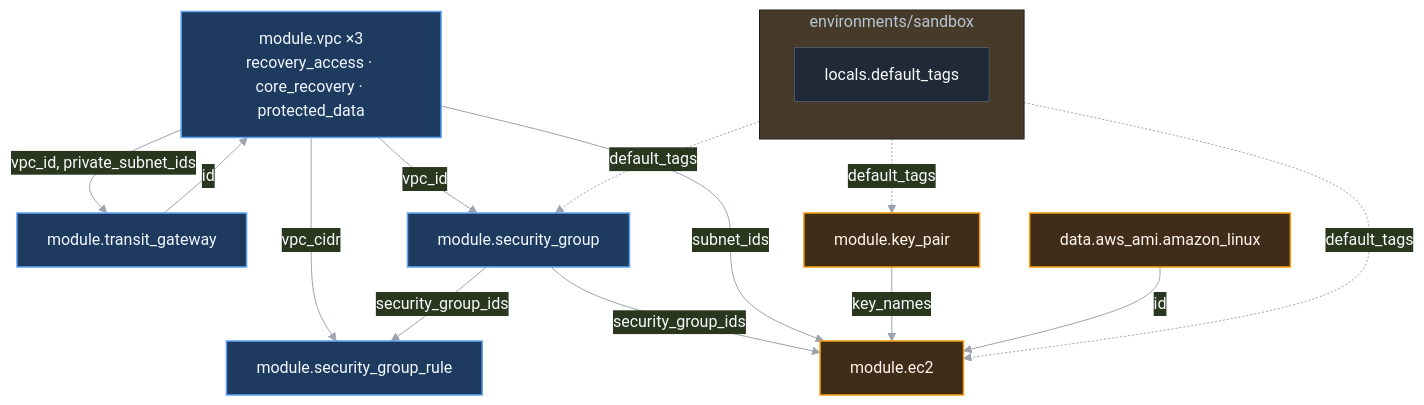
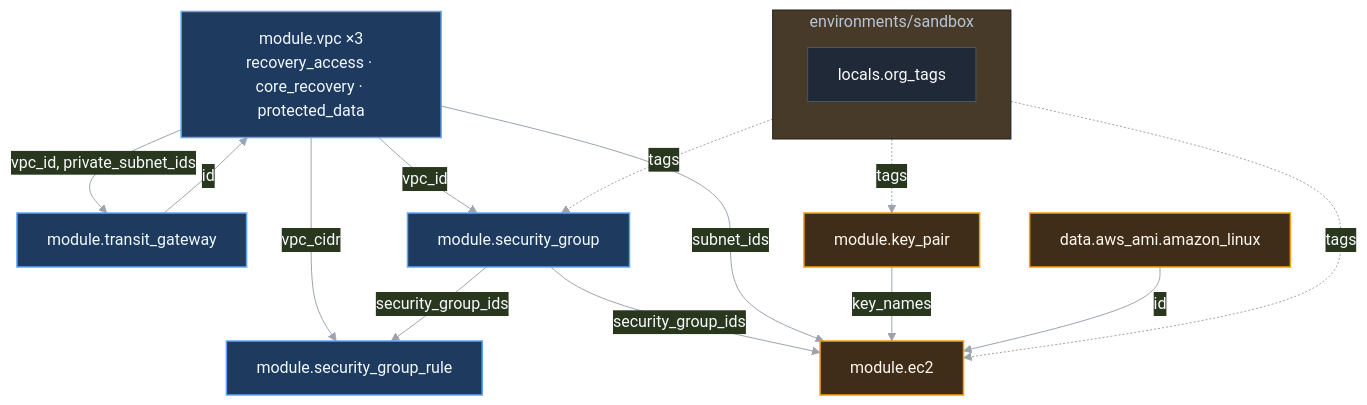
The second of 7 diagrams in README.md (CloudDevops2789/terraform_modules), drawn with Mermaid before and after one commit. The commit also changed other lines of this file and 134 other files, not shown here.

````diff
--- a/README.md
+++ b/README.md
@@ -109,32 +109,32 @@
 ```mermaid
 %%{init: {'theme':'base', 'themeVariables': {'primaryColor':'#1f2937','primaryTextColor':'#f9fafb','primaryBorderColor':'#4b5563','lineColor':'#9ca3af'}}}%%
 flowchart TB
     subgraph env["environments/sandbox"]
         direction TB
-        LOCALS["locals.default_tags"]
+        LOCALS["locals.org_tags"]
     end
 
     VPC["module.vpc ×3\nrecovery_access · core_recovery · protected_data"]
     TGW["module.transit_gateway"]
     SG["module.security_group"]
     SGR["module.security_group_rule"]
     KP["module.key_pair"]
     EC2["module.ec2"]
     AMI["data.aws_ami.amazon_linux"]
 
     VPC -->|vpc_id, private_subnet_ids| TGW
     TGW -->|id| VPC
     VPC -->|vpc_id| SG
     VPC -->|vpc_cidr| SGR
     SG -->|security_group_ids| SGR
     SG -->|security_group_ids| EC2
     VPC -->|subnet_ids| EC2
     KP -->|key_names| EC2
     AMI -->|id| EC2
-    LOCALS -.->|default_tags| SG & KP & EC2
+    LOCALS -.->|tags| SG & KP & EC2
 
     classDef net fill:#1e3a5f,stroke:#60a5fa,color:#f0f9ff,stroke-width:1.5px;
     classDef compute fill:#3f2d1a,stroke:#f59e0b,color:#fff7ed,stroke-width:1.5px;
     class VPC,TGW,SG,SGR net;
     class KP,EC2,AMI compute;
 ```
````
